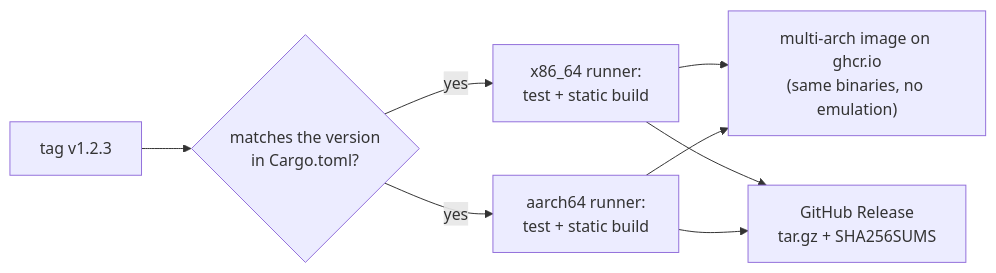
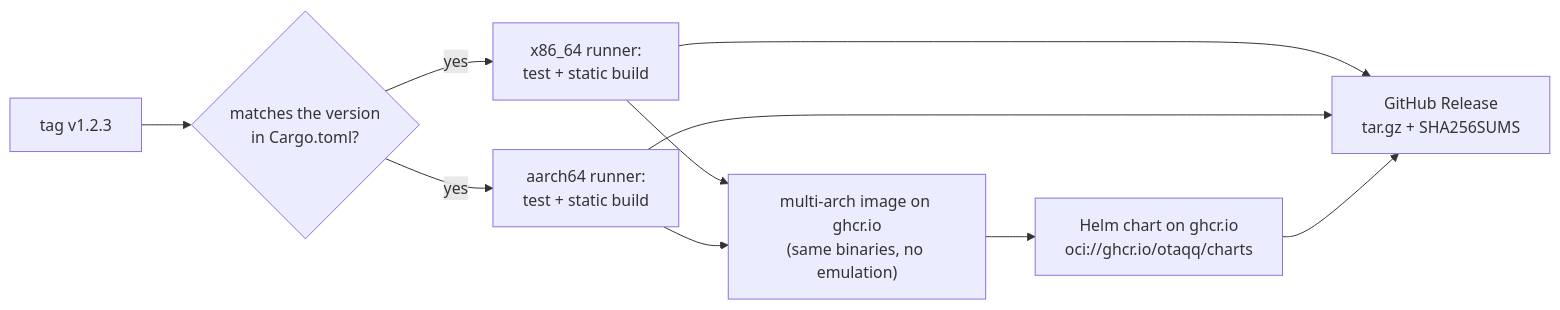
The diagram in docs/development.md (otaqq/tasukeai), drawn with Mermaid before and after one commit. The commit also changed other lines of this file and 16 other files, not shown here.

First line of the commit message:
feat: Helm chart for Kubernetes and k3s, v0.5.0 (#6)

````diff
--- a/docs/development.md
+++ b/docs/development.md
@@ -33,10 +35,12 @@
 ```mermaid
 flowchart LR
     tag["tag v1.2.3"] --> v{"matches the version<br/>in Cargo.toml?"}
     v -- yes --> b1["x86_64 runner:<br/>test + static build"]
     v -- yes --> b2["aarch64 runner:<br/>test + static build"]
     b1 --> img["multi-arch image on ghcr.io<br/>(same binaries, no emulation)"]
     b2 --> img
+    img --> chart["Helm chart on ghcr.io<br/>oci://ghcr.io/otaqq/charts"]
     b1 --> rel["GitHub Release<br/>tar.gz + SHA256SUMS"]
     b2 --> rel
+    chart --> rel
 ```
````
